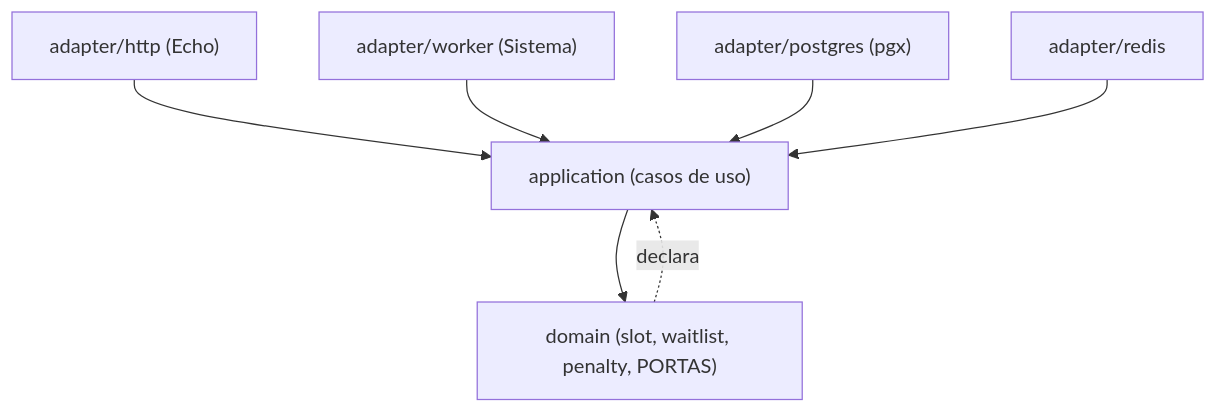
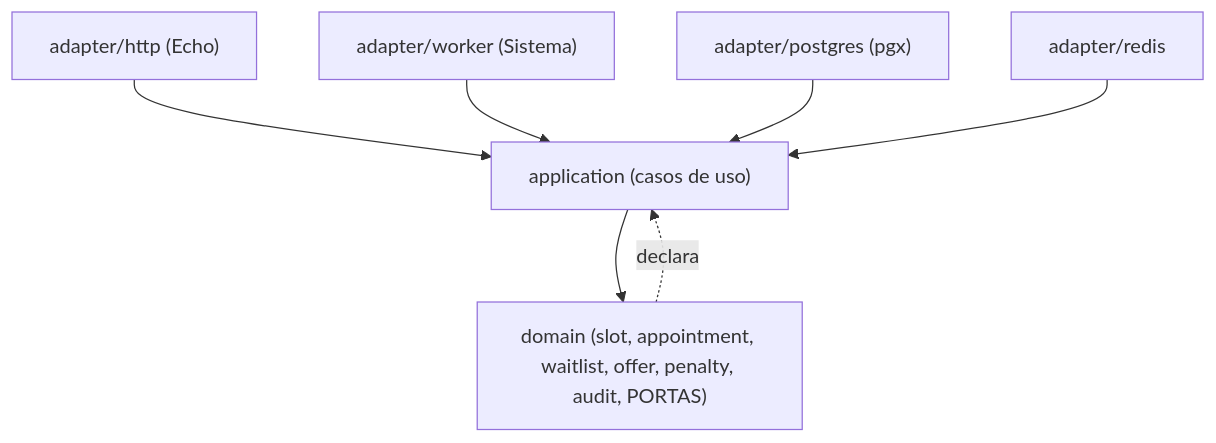
The first of 5 diagrams in _bmad-output/planning-artifacts/architecture/architecture-sdd-agendafacil-2026-09-01/ARCHITECTURE-SPINE.md (daniloar/sdd-agendafacil), drawn with Mermaid before and after one commit. The commit also changed other lines of this file and 2 other files, not shown here.

First line of the commit message:
docs: reconcile AgendaFácil architecture spine with the PRD

````diff
--- a/_bmad-output/planning-artifacts/architecture/architecture-sdd-agendafacil-2026-09-01/ARCHITECTURE-SPINE.md
+++ b/_bmad-output/planning-artifacts/architecture/architecture-sdd-agendafacil-2026-09-01/ARCHITECTURE-SPINE.md
@@ -45,9 +49,9 @@
 ```mermaid
 graph TD
   http["adapter/http (Echo)"] --> app
   worker["adapter/worker (Sistema)"] --> app
   pg["adapter/postgres (pgx)"] --> app
   rd["adapter/redis"] --> app
-  app["application (casos de uso)"] --> domain["domain (slot, waitlist, penalty, PORTAS)"]
+  app["application (casos de uso)"] --> domain["domain (slot, appointment, waitlist, offer, penalty, audit, PORTAS)"]
   domain -.declara.-> app
 ```
````
